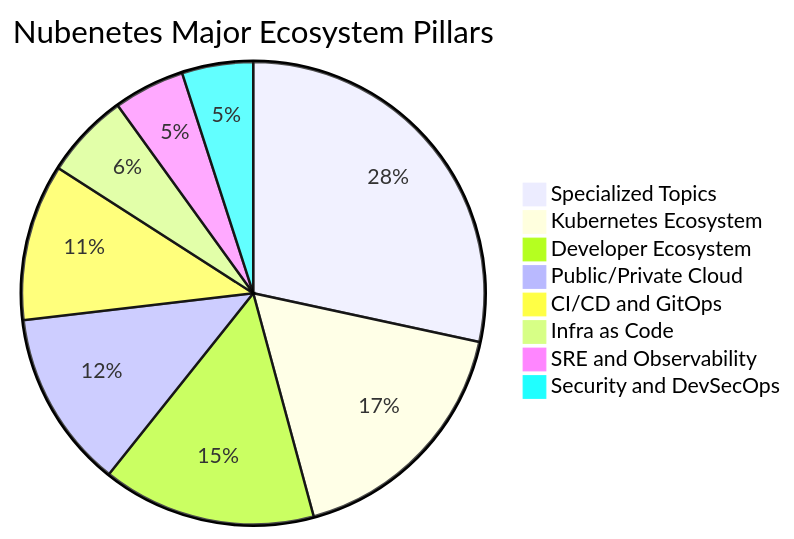
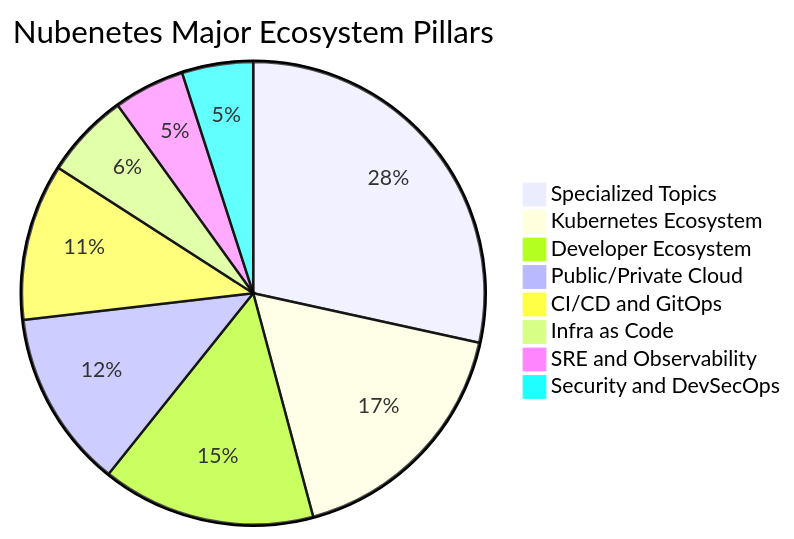
One commit to nubenetes/awesome-kubernetes changed the second of 14 diagrams in README.md. Above: the diagram before and after it, drawn with Mermaid. The commit also changed other lines of this file, not shown here.

````diff
--- a/README.md
+++ b/README.md
@@ -308,11 +308,11 @@
 ```mermaid
 pie title Nubenetes Major Ecosystem Pillars
-    "Specialized Topics" : 5707
+    "Specialized Topics" : 5721
     "Kubernetes Ecosystem" : 3500
     "Developer Ecosystem" : 3000
     "Public/Private Cloud" : 2500
     "CI/CD and GitOps" : 2200
     "Infra as Code" : 1200
     "SRE and Observability" : 1000
     "Security and DevSecOps" : 1000
 ```
````
